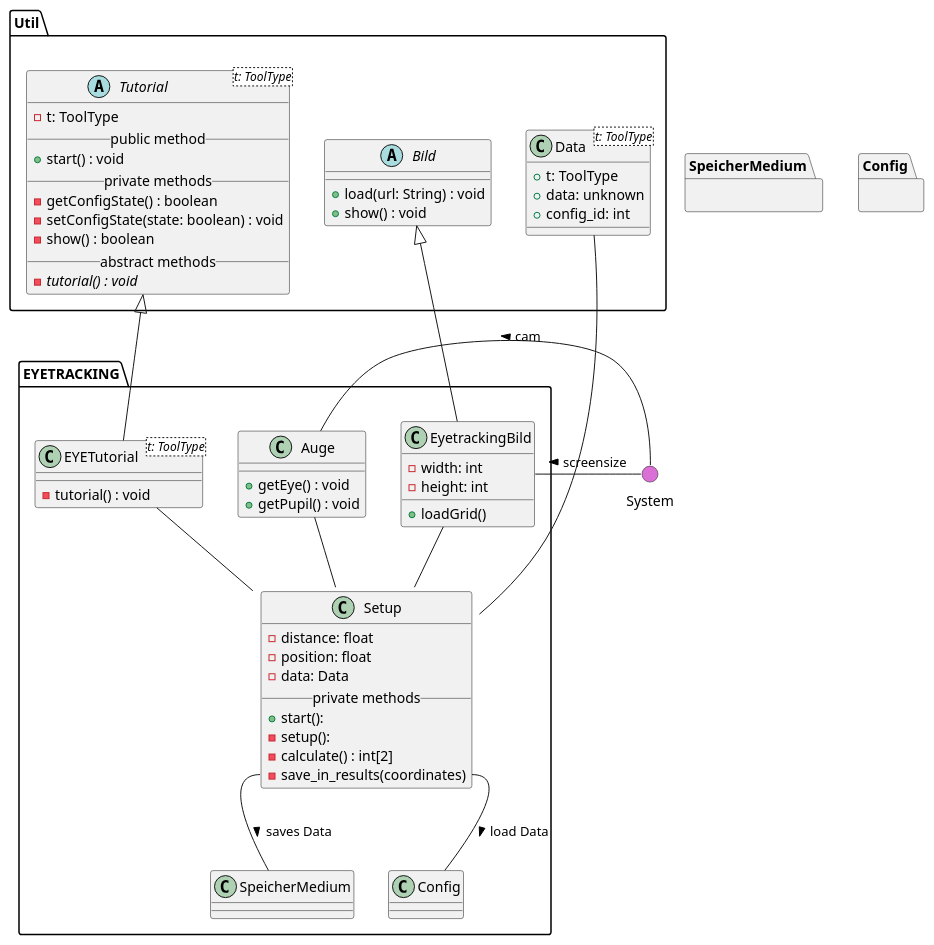
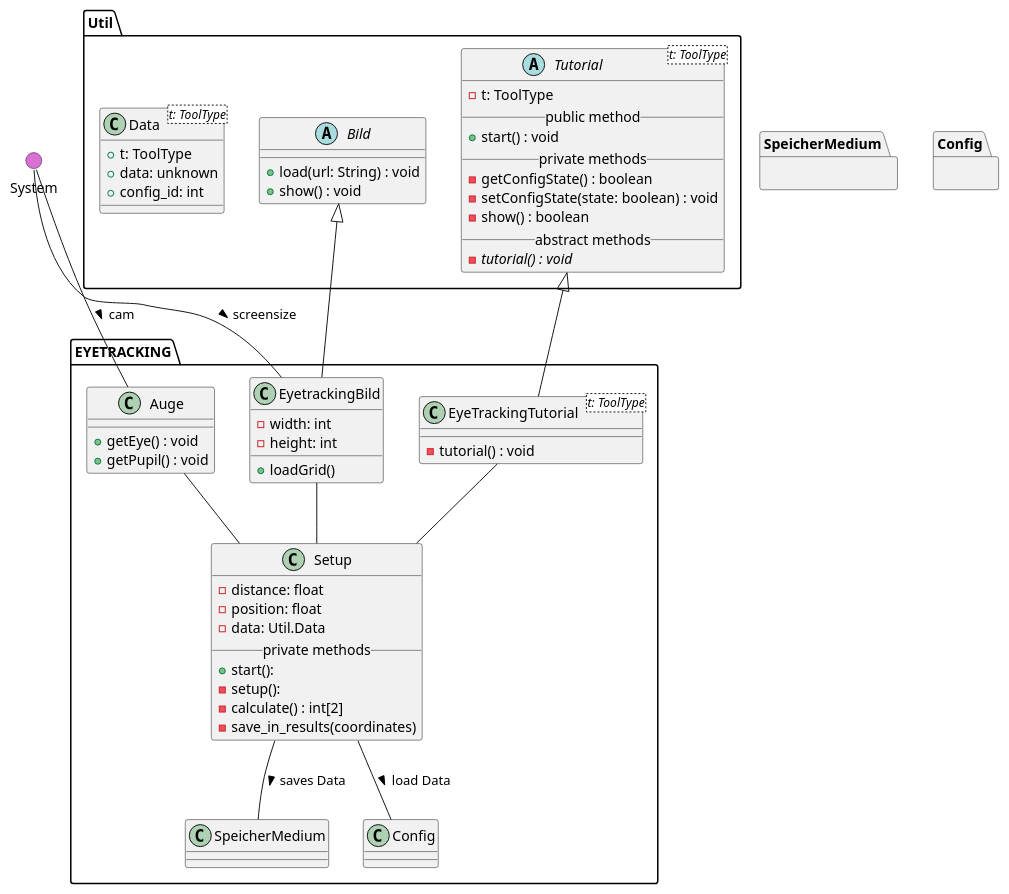
Before and after one commit to weichware10/meilensteine: the diagram in meilenstein_03/uml-eyetracking/eyetracking.puml, drawn with PlantUML.

Commit message:
Formatierung und triviales

```diff
--- a/meilenstein_03/uml-eyetracking/eyetracking.puml
+++ b/meilenstein_03/uml-eyetracking/eyetracking.puml
@@ -1,105 +1,90 @@
-@startuml
+@startuml eyetracking
 ' skinparam backgroundColor transparent
 () System #DA70D5
 top to bottom direction
 
-
 package Util {
 
-   
- ' --- TUTORIAL ---
+    ' --- TUTORIAL ---
     abstract Tutorial<t: ToolType> {
-      - t: ToolType
-      __public method__
-      + start() : void
-      __private methods__
-      - getConfigState() : boolean
-      - setConfigState(state: boolean) : void
-      - show() : boolean
-      __abstract methods__
-      - {abstract} tutorial() : void
+        - t: ToolType
+        __public method__
+        + start() : void
+        __private methods__
+        - getConfigState() : boolean
+        - setConfigState(state: boolean) : void
+        - show() : boolean
+        __abstract methods__
+        - {abstract} tutorial() : void
     }
-  
 
-
-    ' --- BILD ---
-
+      ' --- BILD ---
     abstract Bild {
-      + load(url: String) : void
-      + show() : void
+        + load(url: String) : void
+        + show() : void
     }
 
     class Data<t: ToolType> {
-        + t: ToolType
-        + data: unknown
-        + config_id: int
+            + t: ToolType
+            + data: unknown
+            + config_id: int
     }
 
-  
 }
 
 
 ' === EYETRACKING ===
 package EYETRACKING {
 
     ' Auge
     class Auge {
-        + getEye() : void
-        + getPupil() : void
+            + getEye() : void
+            + getPupil() : void
     }
 
     ' EyetrackingBild
     class EyetrackingBild {
         - width: int
         - height: int
-        __
         + loadGrid()
     }
-  
-   
- ' --- EYETUTORIAL ---
-    class EYETutorial<t: ToolType> {
-      - tutorial() : void
+
+
+ ' --- EYETRACKINGTUTORIAL ---
+    class EyeTrackingTutorial<t: ToolType> {
+        - tutorial() : void
     }
-
 
     ' Setup
     class Setup {
         - distance: float
         - position: float
-        - data: Data
+        - data: Util.Data
         __private methods__
         + start():
         - setup():
         - calculate() : int[2]
         - save_in_results(coordinates)
     }
 
-    
+    ' Vererbungen
+    Bild <|-- EyetrackingBild
+    Tutorial <|-- EyeTrackingTutorial
 
-    ' Vererbungen
+    ' Interaktionen
     Auge -- Setup
     EyetrackingBild -- Setup
-    Bild <|-- EyetrackingBild
-    Tutorial <|-- EYETutorial
-    EYETutorial -- Setup
-    Data -- Setup
-    
-
-    
+    EyeTrackingTutorial -- Setup
 
     ' Andere Module
-    Setup::save -- SpeicherMedium : > saves Data 
-    Setup::save -- Config : > load Data 
-    EyetrackingBild  -r- System : < screensize
-    Auge -r- System : < cam
-  
+    Setup -- SpeicherMedium : > saves Data
+    Setup -- Config : > load Data
+    Auge -u- System : < cam
+    EyetrackingBild -u- System : < screensize
+
 }
 
 ' Blackboxen / Andere Module
-
-
-
 package SpeicherMedium {}
 package Config {}
 @enduml
```
